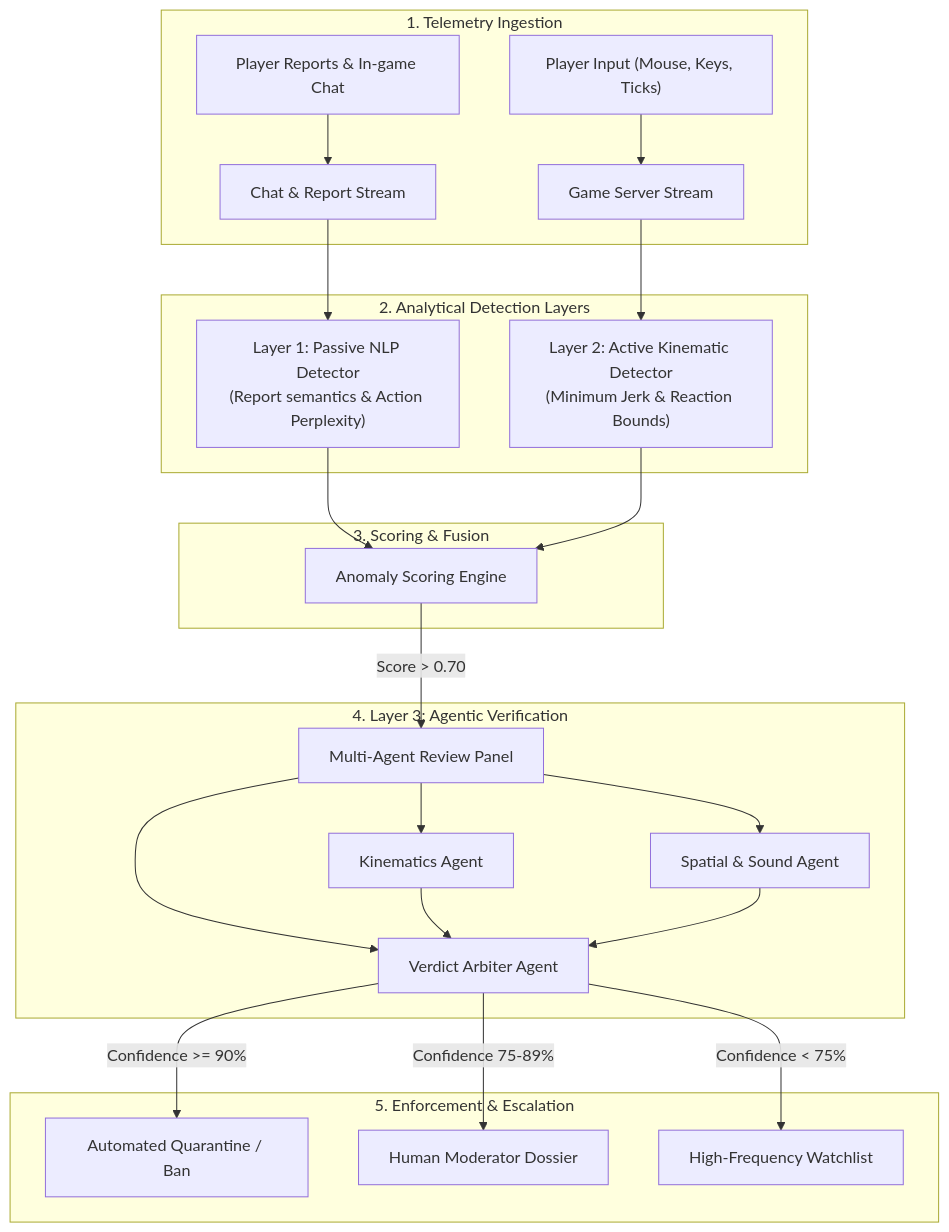
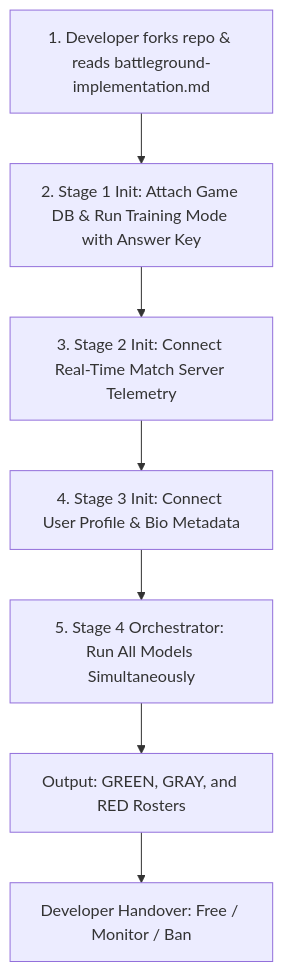
Before and after one commit to Hans-git-std/CDS: the diagram in README.md, drawn with Mermaid. The commit also changed other lines of this file and 11 other files, not shown here.

Commit message:
feat: implement 2-stage roadmap, 4-stage pipeline, battleground guide, and runnable src simulation

````diff
--- a/README.md
+++ b/README.md
@@ -89,32 +113,9 @@
 ```mermaid
 flowchart TD
-    subgraph INGESTION["1. Telemetry Ingestion"]
-        P1["Player Input (Mouse, Keys, Ticks)"] --> GS["Game Server Stream"]
-        P2["Player Reports & In-game Chat"] --> CS["Chat & Report Stream"]
-    end
-
-    subgraph DETECTION["2. Analytical Detection Layers"]
-        CS --> L1["Layer 1: Passive NLP Detector<br/>(Report semantics & Action Perplexity)"]
-        GS --> L2["Layer 2: Active Kinematic Detector<br/>(Minimum Jerk & Reaction Bounds)"]
-    end
-
-    subgraph AGGREGATION["3. Scoring & Fusion"]
-        L1 --> FUSION["Anomaly Scoring Engine"]
-        L2 --> FUSION
-    end
-
-    subgraph VERIFICATION["4. Layer 3: Agentic Verification"]
-        FUSION -->|Score > 0.70| AGENT["Multi-Agent Review Panel"]
-        AGENT --> AG1["Kinematics Agent"]
-        AGENT --> AG2["Spatial & Sound Agent"]
-        AGENT --> ARB["Verdict Arbiter Agent"]
-        AG1 --> ARB
-        AG2 --> ARB
-    end
-
-    subgraph ENFORCEMENT["5. Enforcement & Escalation"]
-        ARB -->|Confidence >= 90%| BAN["Automated Quarantine / Ban"]
-        ARB -->|Confidence 75-89%| REVIEW["Human Moderator Dossier"]
-        ARB -->|Confidence < 75%| WATCH["High-Frequency Watchlist"]
-    end
+    DEV["1. Developer forks repo & reads battleground-implementation.md"] --> S1_INIT["2. Stage 1 Init: Attach Game DB & Run Training Mode with Answer Key"]
+    S1_INIT --> S2_INIT["3. Stage 2 Init: Connect Real-Time Match Server Telemetry"]
+    S2_INIT --> S3_INIT["4. Stage 3 Init: Connect User Profile & Bio Metadata"]
+    S3_INIT --> S4_RUN["5. Stage 4 Orchestrator: Run All Models Simultaneously"]
+    S4_RUN --> ROSTERS["Output: GREEN, GRAY, and RED Rosters"]
+    ROSTERS --> HANDOVER["Developer Handover: Free / Monitor / Ban"]
 ```
````
